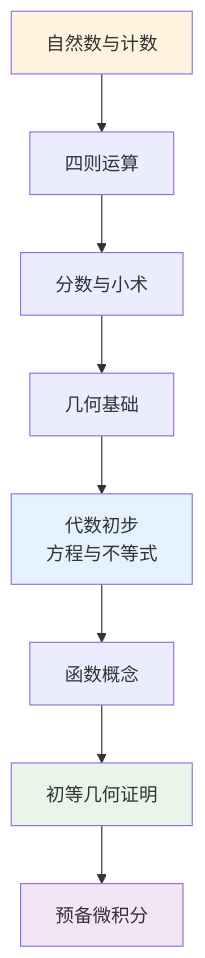
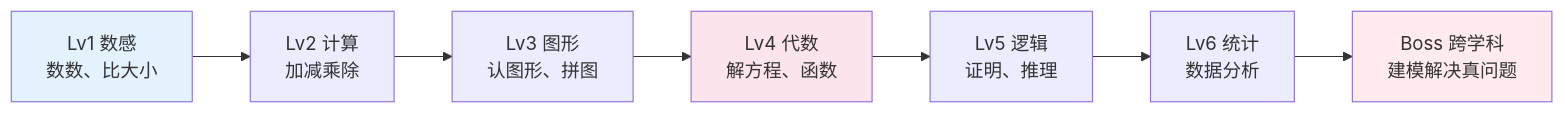
One commit to wxyClark/wxyClark.github.io changed the fourth of 4 diagrams in content/natural-sciences/mathematics/index.md. Above: the diagram before and after it, drawn with Mermaid. The commit also changed other lines of this file and 11 other files, not shown here.

````diff
--- a/content/natural-sciences/mathematics/index.md
+++ b/content/natural-sciences/mathematics/index.md
@@ -187,15 +194,13 @@
 ```mermaid
-flowchart TD
-    A[自然数与计数] --> B[四则运算]
-    B --> C[分数与小术]
-    C --> D[几何基础]
-    D --> E[代数初步<br/>方程与不等式]
-    E --> F[函数概念]
-    F --> G[初等几何证明]
-    G --> H[预备微积分]
+flowchart LR
+    M1[Lv1 数感<br/>数数、比大小] --> M2[Lv2 计算<br/>加减乘除]
+    M2 --> M3[Lv3 图形<br/>认图形、拼图]
+    M3 --> M4[Lv4 代数<br/>解方程、函数]
+    M4 --> M5[Lv5 逻辑<br/>证明、推理]
+    M5 --> M6[Lv6 统计<br/>数据分析]
+    M6 --> M7[Boss 跨学科<br/>建模解决真问题]
     
-    style A fill:#fff3e0
-    style E fill:#e3f2fd
-    style G fill:#e8f5e9
-    style H fill:#f3e5f5
+    style M1 fill:#e3f2fd
+    style M4 fill:#fce4ec
+    style M7 fill:#ffebee
 ```
````
